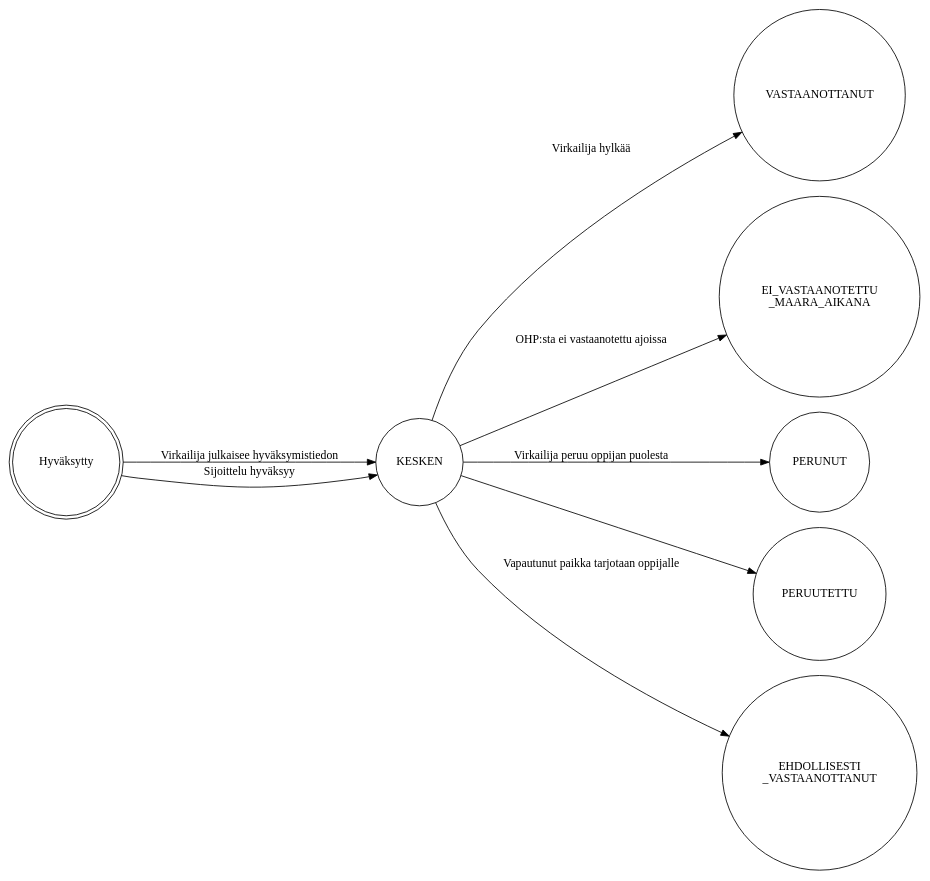
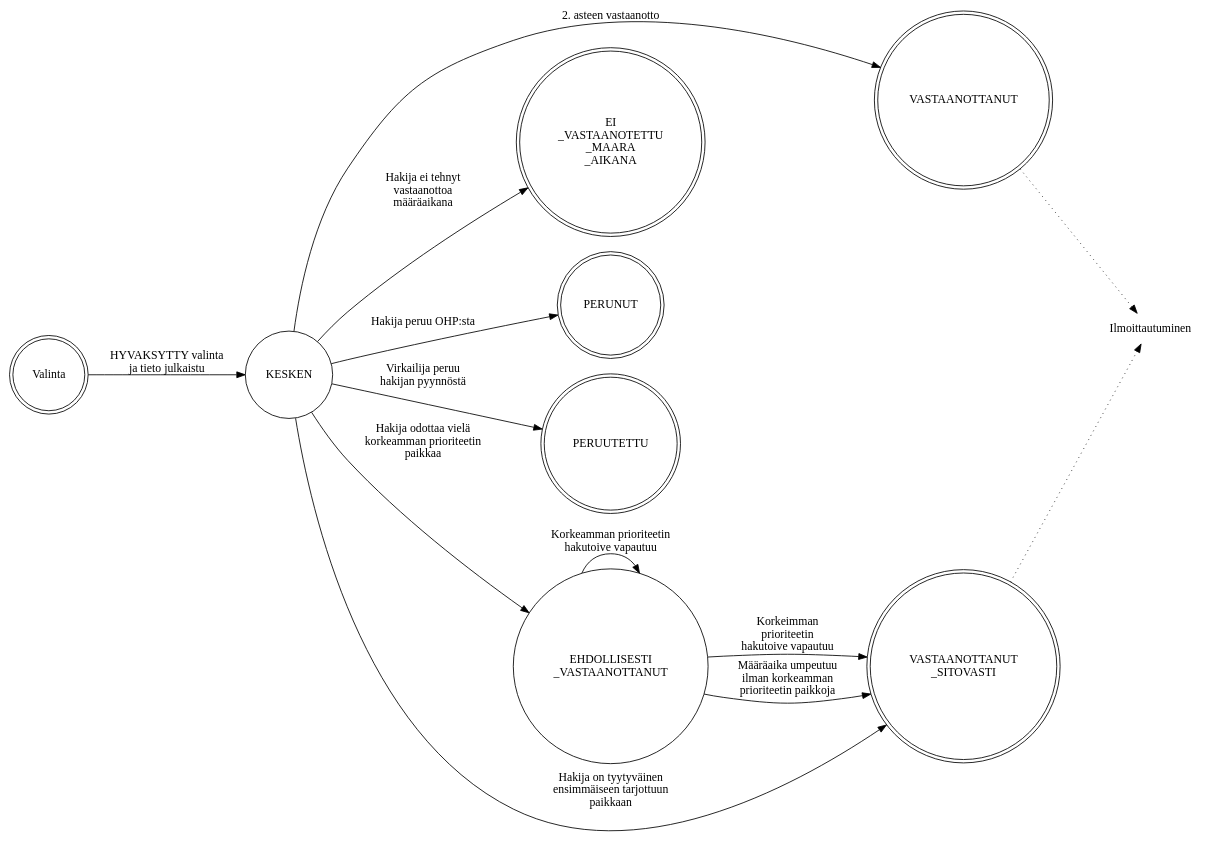
Before and after one commit to Opetushallitus/dokumentaatio: the diagram in dot/vastaanotto.dot, drawn with Graphviz. The commit also changed 1 other file, not shown here.

```diff
--- a/dot/vastaanotto.dot
+++ b/dot/vastaanotto.dot
@@ -1,16 +1,28 @@
 digraph g {
   rankdir=LR;
   node [shape=circle];
 
-  CREATE -> KESKEN [label="Virkailija julkaisee hyväksymistiedon"];
-  CREATE -> KESKEN [label="Sijoittelu hyväksyy"];
-  KESKEN -> VASTAANOTTANUT [label="Virkailija hylkää"];
-  KESKEN -> EI_VASTAANOTETTU_MAARA_AIKANA [label="OHP:sta ei vastaanotettu ajoissa\n"];
-  KESKEN -> PERUNUT [label="Virkailija peruu oppijan puolesta"];
-  KESKEN -> PERUUTETTU;
-  KESKEN -> EHDOLLISESTI_VASTAANOTTANUT [label="Vapautunut paikka tarjotaan oppijalle"];
+  Valinta -> KESKEN [label="HYVAKSYTTY valinta\nja tieto julkaistu"];
+  KESKEN -> VASTAANOTTANUT [label="2. asteen vastaanotto"];
+  KESKEN -> EI_VASTAANOTETTU_MAARA_AIKANA [label="Hakija ei tehnyt\nvastaanottoa\nmääräaikana"];
+  KESKEN -> PERUNUT [label="Hakija peruu OHP:sta"];
+  KESKEN -> PERUUTETTU [label="Virkailija peruu\nhakijan pyynnöstä"];
+  KESKEN -> EHDOLLISESTI_VASTAANOTTANUT [label="Hakija odottaa vielä\nkorkeamman prioriteetin\npaikkaa"];
+  KESKEN -> VASTAANOTTANUT_SITOVASTI [label="Hakija on tyytyväinen\nensimmäiseen tarjottuun\npaikkaan"];
+  EHDOLLISESTI_VASTAANOTTANUT -> EHDOLLISESTI_VASTAANOTTANUT [label="Korkeamman prioriteetin\nhakutoive vapautuu"];
+  EHDOLLISESTI_VASTAANOTTANUT -> VASTAANOTTANUT_SITOVASTI [label="Korkeimman\nprioriteetin\nhakutoive vapautuu"];
+  EHDOLLISESTI_VASTAANOTTANUT -> VASTAANOTTANUT_SITOVASTI [label="Määräaika umpeutuu\nilman korkeamman\nprioriteetin paikkoja"];
 
-  CREATE [label="Hyväksytty" shape=doublecircle];
-  EI_VASTAANOTETTU_MAARA_AIKANA [label="EI_VASTAANOTETTU\n_MAARA_AIKANA"]
+  {
+    rank=same;
+    VASTAANOTTANUT, VASTAANOTTANUT_SITOVASTI;
+  }
+  VASTAANOTTANUT, VASTAANOTTANUT_SITOVASTI -> Ilmoittautuminen [style=dotted];
+
+  Valinta, VASTAANOTTANUT_SITOVASTI, PERUUTETTU, PERUNUT, EI_VASTAANOTETTU_MAARA_AIKANA, VASTAANOTTANUT [shape=doublecircle];
+  EI_VASTAANOTETTU_MAARA_AIKANA [label="EI\n_VASTAANOTETTU\n_MAARA\n_AIKANA"]
   EHDOLLISESTI_VASTAANOTTANUT [label="EHDOLLISESTI\n_VASTAANOTTANUT"]
+  VASTAANOTTANUT_SITOVASTI [label="VASTAANOTTANUT\n_SITOVASTI"]
+
+  Ilmoittautuminen [shape=none];
 }
```
